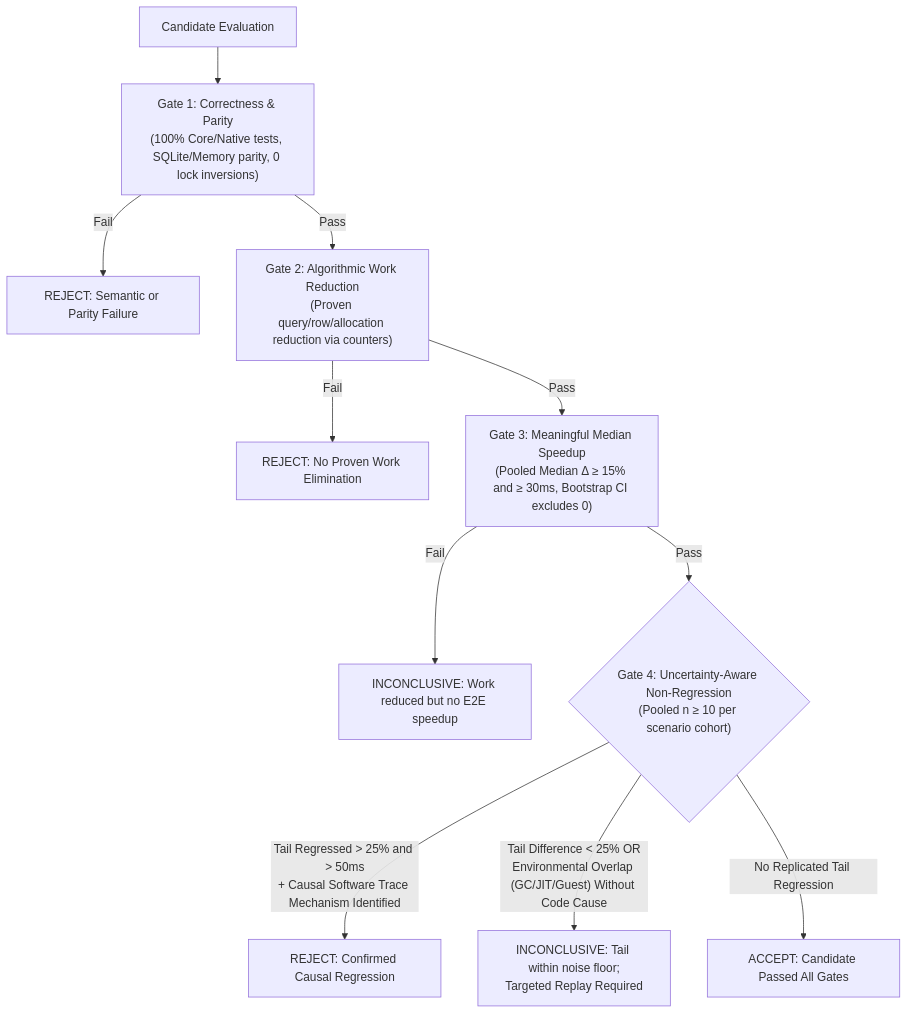
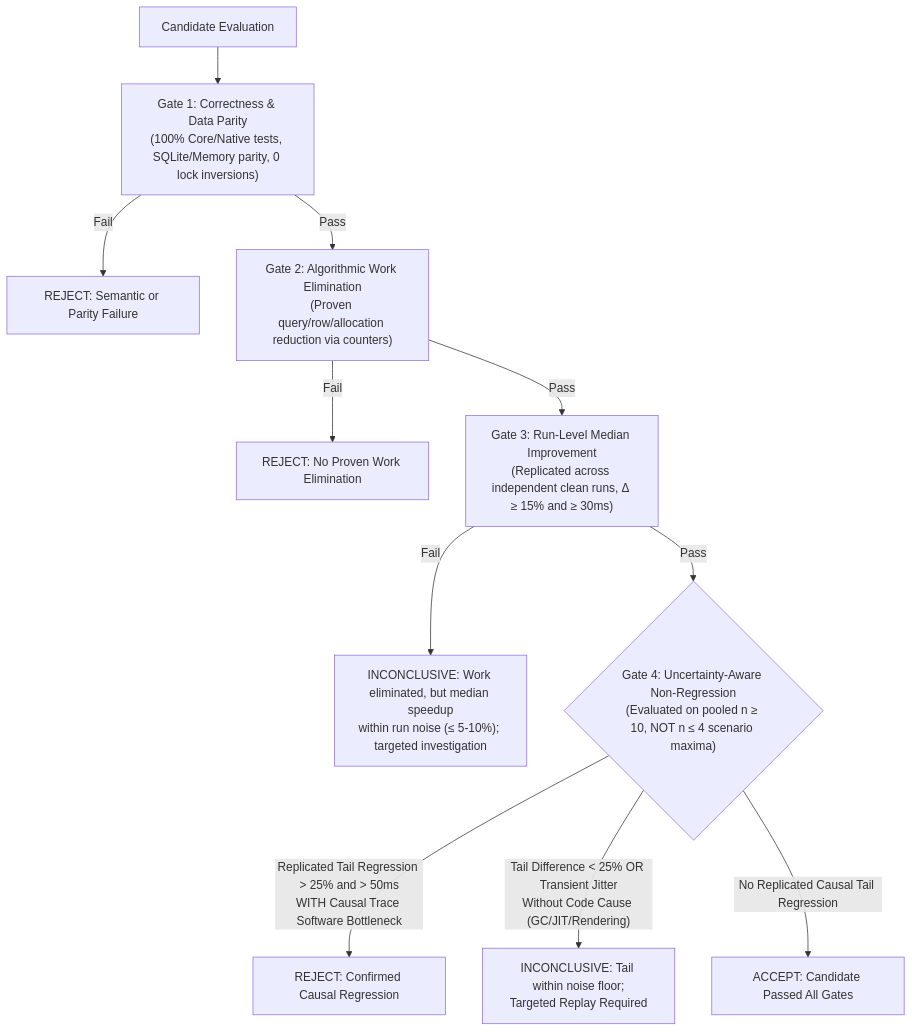
Before and after one commit to PalPalych5/uhabits-plus: the diagram in docs/performance/HABIT_INTERACTION_INVESTIGATION.md, drawn with Mermaid. The commit also changed other lines of this file and 1 other file, not shown here.

````diff
--- a/docs/performance/HABIT_INTERACTION_INVESTIGATION.md
+++ b/docs/performance/HABIT_INTERACTION_INVESTIGATION.md
@@ -1629,13 +1646,13 @@
 ```mermaid
 flowchart TD
-    Start["Candidate Evaluation"] --> G1["Gate 1: Correctness & Parity<br/>(100% Core/Native tests, SQLite/Memory parity, 0 lock inversions)"]
+    Start["Candidate Evaluation"] --> G1["Gate 1: Correctness & Data Parity<br/>(100% Core/Native tests, SQLite/Memory parity, 0 lock inversions)"]
     G1 -- Fail --> Reject1["REJECT: Semantic or Parity Failure"]
-    G1 -- Pass --> G2["Gate 2: Algorithmic Work Reduction<br/>(Proven query/row/allocation reduction via counters)"]
+    G1 -- Pass --> G2["Gate 2: Algorithmic Work Elimination<br/>(Proven query/row/allocation reduction via counters)"]
     G2 -- Fail --> Reject2["REJECT: No Proven Work Elimination"]
-    G2 -- Pass --> G3["Gate 3: Meaningful Median Speedup<br/>(Pooled Median Δ ≥ 15% and ≥ 30ms, Bootstrap CI excludes 0)"]
-    G3 -- Fail --> Inconclusive1["INCONCLUSIVE: Work reduced but no E2E speedup"]
-    G3 -- Pass --> G4{"Gate 4: Uncertainty-Aware Non-Regression<br/>(Pooled n ≥ 10 per scenario cohort)"}
-    G4 -- "Tail Regressed > 25% and > 50ms<br/>+ Causal Software Trace Mechanism Identified" --> Reject3["REJECT: Confirmed Causal Regression"]
-    G4 -- "Tail Difference < 25% OR<br/>Environmental Overlap (GC/JIT/Guest) Without Code Cause" --> Inconclusive2["INCONCLUSIVE: Tail within noise floor;<br/>Targeted Replay Required"]
-    G4 -- "No Replicated Tail Regression" --> Accept["ACCEPT: Candidate Passed All Gates"]
+    G2 -- Pass --> G3["Gate 3: Run-Level Median Improvement<br/>(Replicated across independent clean runs, Δ ≥ 15% and ≥ 30ms)"]
+    G3 -- Fail --> Inconclusive1["INCONCLUSIVE: Work eliminated, but median speedup<br/>within run noise (≤ 5-10%); targeted investigation"]
+    G3 -- Pass --> G4{"Gate 4: Uncertainty-Aware Non-Regression<br/>(Evaluated on pooled n ≥ 10, NOT n ≤ 4 scenario maxima)"}
+    G4 -- "Replicated Tail Regression > 25% and > 50ms<br/>WITH Causal Trace Software Bottleneck" --> Reject3["REJECT: Confirmed Causal Regression"]
+    G4 -- "Tail Difference < 25% OR Transient Jitter<br/>Without Code Cause (GC/JIT/Rendering)" --> Inconclusive2["INCONCLUSIVE: Tail within noise floor;<br/>Targeted Replay Required"]
+    G4 -- "No Replicated Causal Tail Regression" --> Accept["ACCEPT: Candidate Passed All Gates"]
 ```
````
